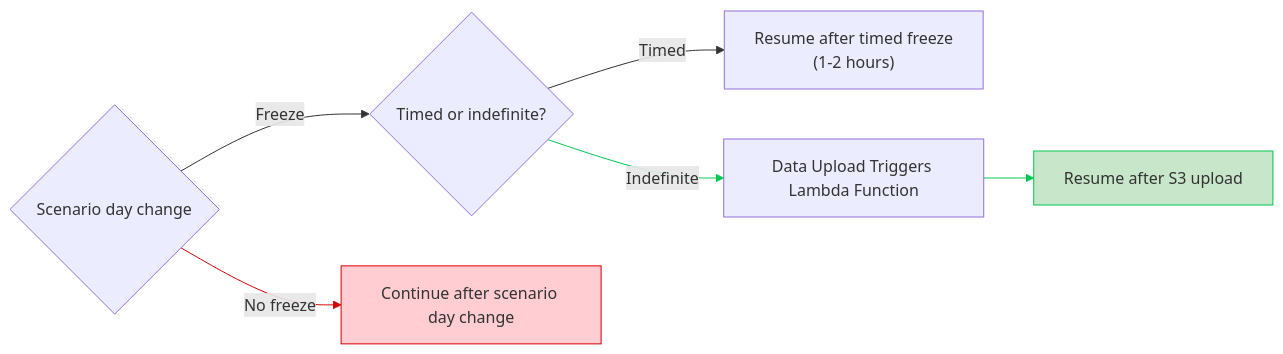
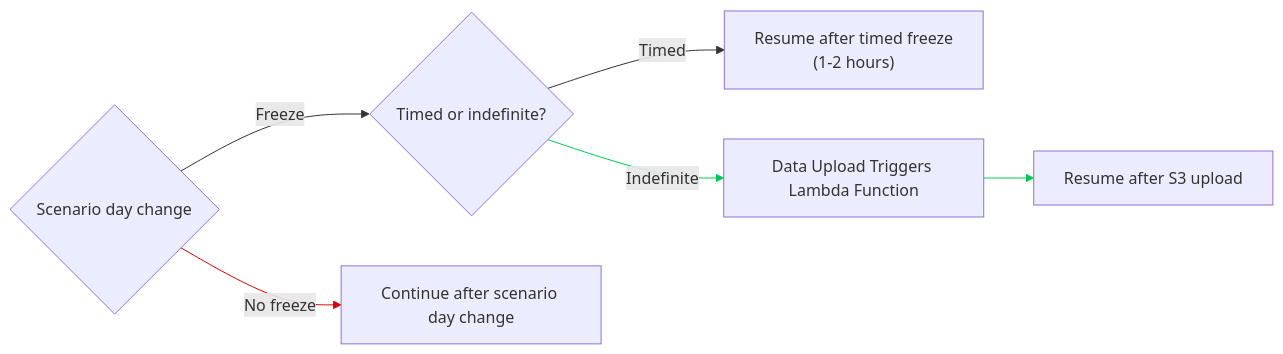
The fifth of 5 diagrams in README.md (code-lab-org/sos), drawn with Mermaid before and after one commit.

Commit message:
add freeze diagram

````diff
--- a/README.md
+++ b/README.md
@@ -370,13 +370,11 @@
 ```mermaid
 flowchart LR
     A{"Scenario day change"} -- Freeze --> B{"Timed or indefinite?"}
     B -- Timed --> C["Resume after timed freeze<br>(1-2 hours)"]
     B -- Indefinite --> D["Data Upload Triggers Lambda Function<br>"]
     D -->F["Resume after S3 upload"]
     A -- No freeze --> E["Continue after scenario day change"]
-    style F fill:#C8E6C9,stroke:#00C853
-    style E stroke:#D50000,fill:#FFCDD2
     linkStyle 2 stroke:#00C853,fill:none
     linkStyle 3 stroke:#00C853,fill:none
     linkStyle 4 stroke:#D50000,fill:none
 ```
````
